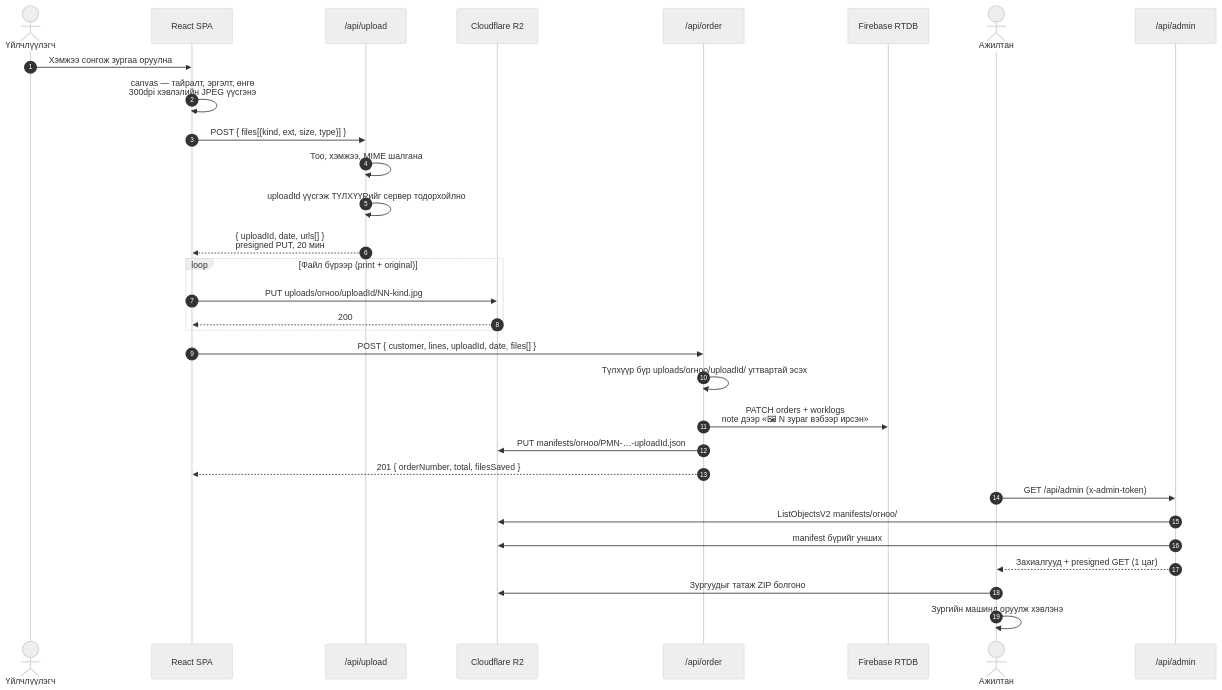
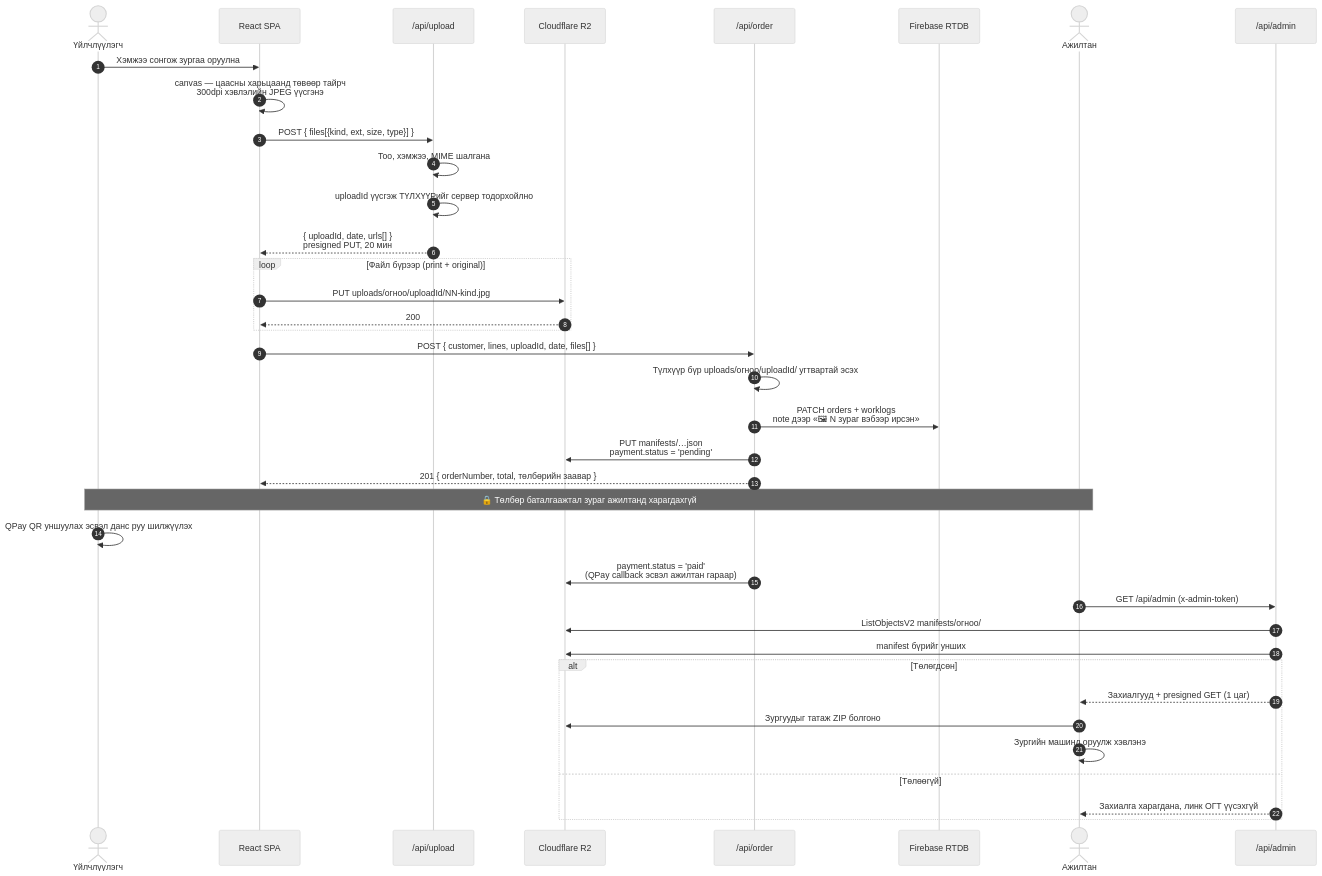
One commit to tushigakatsuki-ship-it/konica-web changed the third of 7 diagrams in docs/ARCHITECTURE.md. Above: the diagram before and after it, drawn with Mermaid (neutral theme). The commit also changed other lines of this file and 36 other files, not shown here.

````diff
--- a/docs/ARCHITECTURE.md
+++ b/docs/ARCHITECTURE.md
@@ -121,38 +121,47 @@
 ```mermaid
 sequenceDiagram
     autonumber
     actor U as Үйлчлүүлэгч
     participant W as React SPA
     participant Up as /api/upload
     participant R2 as Cloudflare R2
     participant A as /api/order
     participant F as Firebase RTDB
     actor S as Ажилтан
     participant Ad as /api/admin
 
     U->>W: Хэмжээ сонгож зургаа оруулна
-    W->>W: canvas — тайралт, эргэлт, өнгө<br/>300dpi хэвлэлийн JPEG үүсгэнэ
+    W->>W: canvas — цаасны харьцаанд төвөөр тайрч<br/>300dpi хэвлэлийн JPEG үүсгэнэ
 
     W->>Up: POST { files[{kind, ext, size, type}] }
     Up->>Up: Тоо, хэмжээ, MIME шалгана
     Up->>Up: uploadId үүсгэж ТҮЛХҮҮРийг сервер тодорхойлно
     Up-->>W: { uploadId, date, urls[] }<br/>presigned PUT, 20 мин
 
     loop Файл бүрээр (print + original)
         W->>R2: PUT uploads/огноо/uploadId/NN-kind.jpg
         R2-->>W: 200
     end
 
     W->>A: POST { customer, lines, uploadId, date, files[] }
     A->>A: Түлхүүр бүр uploads/огноо/uploadId/ угтвартай эсэх
     A->>F: PATCH orders + worklogs<br/>note дээр «🖼 N зураг вэбээр ирсэн»
-    A->>R2: PUT manifests/огноо/PMN-…-uploadId.json
-    A-->>W: 201 { orderNumber, total, filesSaved }
+    A->>R2: PUT manifests/…json<br/>payment.status = 'pending'
+    A-->>W: 201 { orderNumber, total, төлбөрийн заавар }
+
+    Note over U,S: 🔒 Төлбөр баталгаажтал зураг ажилтанд харагдахгүй
+
+    U->>U: QPay QR уншуулах эсвэл данс руу шилжүүлэх
+    A->>R2: payment.status = 'paid'<br/>(QPay callback эсвэл ажилтан гараар)
 
     S->>Ad: GET /api/admin (x-admin-token)
     Ad->>R2: ListObjectsV2 manifests/огноо/
     Ad->>R2: manifest бүрийг унших
-    Ad-->>S: Захиалгууд + presigned GET (1 цаг)
-    S->>R2: Зургуудыг татаж ZIP болгоно
-    S->>S: Зургийн машинд оруулж хэвлэнэ
+    alt Төлөгдсөн
+        Ad-->>S: Захиалгууд + presigned GET (1 цаг)
+        S->>R2: Зургуудыг татаж ZIP болгоно
+        S->>S: Зургийн машинд оруулж хэвлэнэ
+    else Төлөөгүй
+        Ad-->>S: Захиалга харагдана, линк ОГТ үүсэхгүй
+    end
 ```
````
